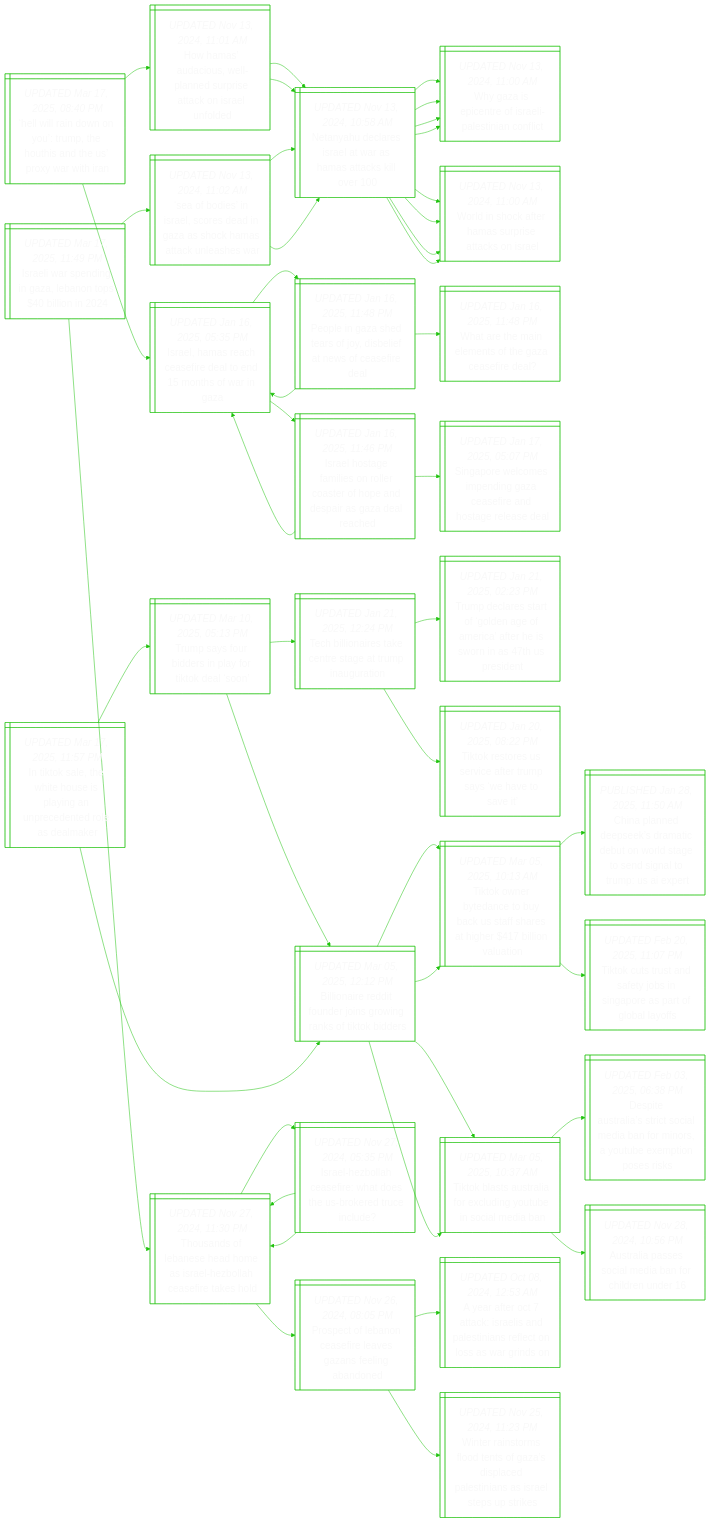
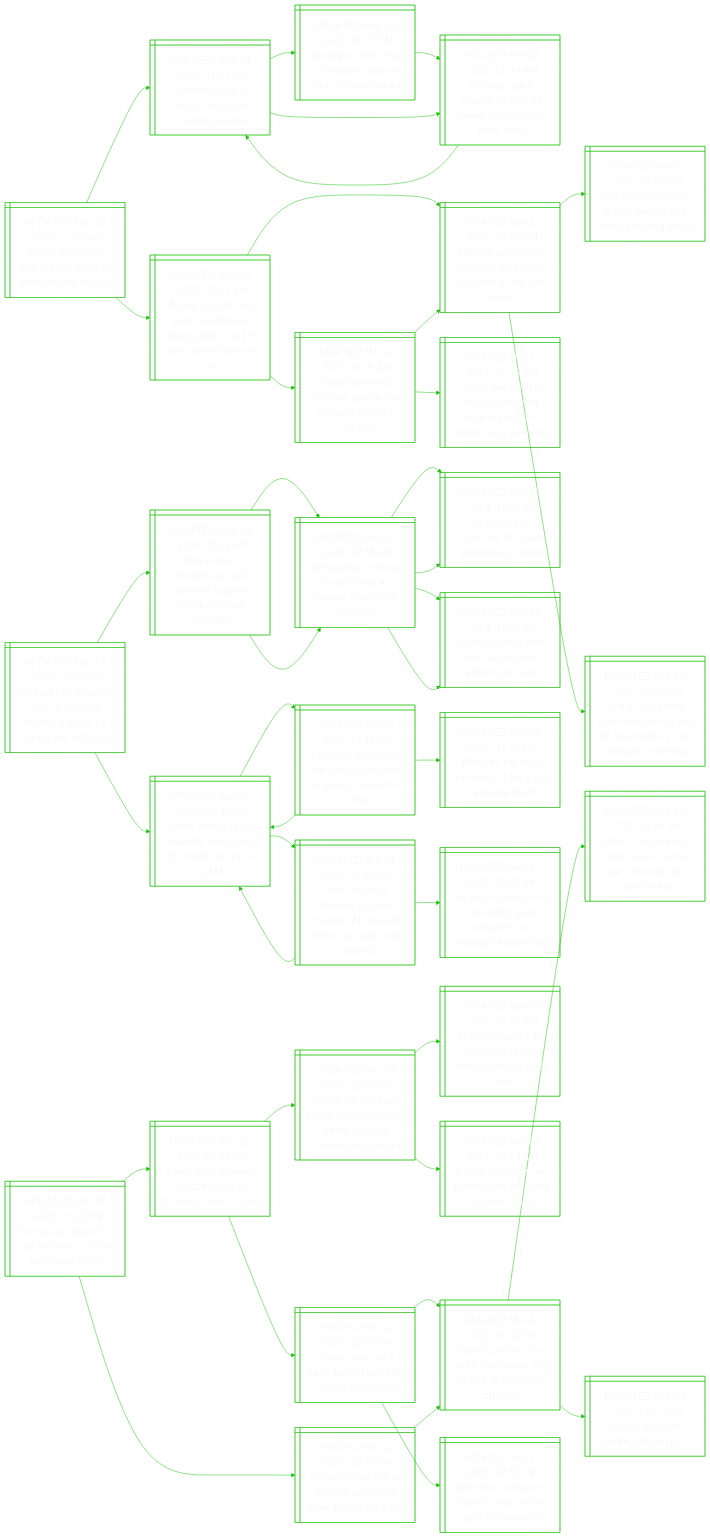
The diagram in README.md (notJmes/notJmes), drawn with Mermaid before and after one commit. The commit also changed other lines of this file, not shown here.

````diff
--- a/README.md
+++ b/README.md
@@ -15,6 +15,46 @@
 %%{init: {'theme':'base', 'themeVariables': {'primaryColor': "transparent", 'primaryTextColor': "#F9F9F9", 'lineColor': "#20C20E", 'primaryBorderColor':'#20C20E'}}}%%
 flowchart LR
 classDef txtsize font-size:20px;
+
+Tdswuosaais@{ shape: win-pane, label: "_UPDATED Mar 18, 2025, 07:55 AM_
+Trump discussion with putin to focus on what ukraine will lose" }
+DsruasvUn@{ shape: win-pane, label: "_UPDATED Feb 24, 2022, 11:13 PM_
+'darkest hours of europe' as russia invades ukraine" }
+Bsnranicsak@{ shape: win-pane, label: "_UPDATED Feb 24, 2022, 09:21 PM_
+Bloodshed and tears as eastern ukraine faces russian attack" }
+Figokesnsts@{ shape: win-pane, label: "_UPDATED Feb 25, 2022, 01:54 AM_
+Fighting rages around ukraine as russia invades from three sides" }
+Figokesnsts@{ shape: win-pane, label: "_UPDATED Feb 25, 2022, 01:54 AM_
+Fighting rages around ukraine as russia invades from three sides" }
+DsruasvUn@{ shape: win-pane, label: "_UPDATED Feb 24, 2022, 11:13 PM_
+'darkest hours of europe' as russia invades ukraine" }
+Tseuisppsiknaa@{ shape: win-pane, label: "_UPDATED Mar 18, 2025, 02:29 AM_
+Trump says he and putin will discuss power plants, land in talks to end ukraine war" }
+UneSoocfnis@{ shape: win-pane, label: "_UPDATED Mar 12, 2025, 07:31 PM_
+Ukraine accepts us proposal for 30-day ceasefire in war with russia" }
+Unlyphaiogh@{ shape: win-pane, label: "_UPDATED Mar 01, 2025, 01:05 PM_
+Ukraine’s zelensky, trump clash in oval office shouting match" }
+Tfrsmawrmndlna@{ shape: win-pane, label: "_UPDATED Mar 12, 2025, 07:41 PM_
+Text of us-ukraine statement paving way for resumption of aid, intelligence sharing" }
+Ranodasaahi@{ shape: win-pane, label: "_UPDATED Mar 17, 2025, 11:05 AM_
+Russia demands ‘ironclad’ guarantees in peace deal with ukraine" }
+UneSoocfnis@{ shape: win-pane, label: "_UPDATED Mar 12, 2025, 07:31 PM_
+Ukraine accepts us proposal for 30-day ceasefire in war with russia" }
+TatdssUnsesUo@{ shape: win-pane, label: "_UPDATED Mar 17, 2025, 10:49 AM_
+Trump and putin to discuss this week ukraine ceasefire terms, says us envoy" }
+
+Tdswuosaais:::txtsize --> DsruasvUn:::txtsize
+DsruasvUn:::txtsize --> Bsnranicsak:::txtsize
+Bsnranicsak:::txtsize --> Figokesnsts:::txtsize
+DsruasvUn:::txtsize --> Figokesnsts:::txtsize
+Figokesnsts:::txtsize --> DsruasvUn:::txtsize
+Tdswuosaais:::txtsize --> Tseuisppsiknaa:::txtsize
+Tseuisppsiknaa:::txtsize --> UneSoocfnis:::txtsize
+UneSoocfnis:::txtsize --> Unlyphaiogh:::txtsize
+UneSoocfnis:::txtsize --> Tfrsmawrmndlna:::txtsize
+Tseuisppsiknaa:::txtsize --> Ranodasaahi:::txtsize
+Ranodasaahi:::txtsize --> UneSoocfnis:::txtsize
+Ranodasaahi:::txtsize --> TatdssUnsesUo:::txtsize
 
 Hiinuposhrah@{ shape: win-pane, label: "_UPDATED Mar 17, 2025, 08:40 PM_
 ‘hell will rain down on you’: trump, the houthis and the us’ proxy war with iran" }
@@ -62,96 +102,41 @@
 Ilamslorpdiaac:::txtsize --> Ilshedoooia:::txtsize
 Ilamslorpdiaac:::txtsize --> Speeegcfntee:::txtsize
 
-ITlWHiynenoda@{ shape: win-pane, label: "_UPDATED Mar 17, 2025, 11:57 PM_
-In tiktok sale, the white house is playing an unprecedented role as dealmaker" }
-Tsodiyido@{ shape: win-pane, label: "_UPDATED Mar 10, 2025, 05:13 PM_
-Trump says four bidders in play for tiktok deal ‘soon’" }
-Tinsceeuaa@{ shape: win-pane, label: "_UPDATED Jan 21, 2025, 12:24 PM_
-Tech billionaires take centre stage at trump inauguration" }
-TdragnfitirsPd@{ shape: win-pane, label: "_UPDATED Jan 21, 2025, 02:23 PM_
-Trump declares start of ‘golden age of america’ after he is sworn in as 47th us president" }
-TkoSituyast@{ shape: win-pane, label: "_UPDATED Jan 20, 2025, 08:22 PM_
-Tiktok restores us service after trump says ‘we have to save it’" }
-Boeinorgskis@{ shape: win-pane, label: "_UPDATED Mar 05, 2025, 12:12 PM_
-Billionaire reddit founder joins growing ranks of tiktok bidders" }
-TkrDtbSfeiboun@{ shape: win-pane, label: "_UPDATED Mar 05, 2025, 10:13 AM_
-Tiktok owner bytedance to buy back us staff shares at higher $417 billion valuation" }
-Tkttaxiuiidn@{ shape: win-pane, label: "_UPDATED Mar 05, 2025, 10:37 AM_
-Tiktok blasts australia for excluding youtube in social media ban" }
-Boeinorgskis@{ shape: win-pane, label: "_UPDATED Mar 05, 2025, 12:12 PM_
-Billionaire reddit founder joins growing ranks of tiktok bidders" }
-TkrDtbSfeiboun@{ shape: win-pane, label: "_UPDATED Mar 05, 2025, 10:13 AM_
-Tiktok owner bytedance to buy back us staff shares at higher $417 billion valuation" }
-CpepsaendennTUx@{ shape: win-pane, label: "_PUBLISHED Jan 28, 2025, 11:50 AM_
-China planned deepseek’s dramatic debut on world stage to send signal to trump: us ai expert" }
-TktafoSpsoby@{ shape: win-pane, label: "_UPDATED Feb 20, 2025, 11:07 PM_
-Tiktok cuts trust and safety jobs in singapore as part of global layoffs" }
-Tkttaxiuiidn@{ shape: win-pane, label: "_UPDATED Mar 05, 2025, 10:37 AM_
-Tiktok blasts australia for excluding youtube in social media ban" }
-DttaiceamsTxiss@{ shape: win-pane, label: "_UPDATED Feb 03, 2025, 06:38 PM_
-Despite australia’s strict social media ban for minors, a youtube exemption poses risks" }
-Aaaslaolu@{ shape: win-pane, label: "_UPDATED Nov 28, 2024, 10:56 PM_
-Australia passes social media ban for children under 16" }
+TshXltStitr@{ shape: win-pane, label: "_UPDATED Mar 18, 2025, 10:29 AM_
+Trump says china’s xi will visit the us in ‘not too distant future’" }
+CsSbaunlsa@{ shape: win-pane, label: "_UPDATED Mar 12, 2025, 06:58 PM_
+China says us owes ‘big thank you’ on fentanyl, calls for talks" }
+Twoefnltfsmee@{ shape: win-pane, label: "_UPDATED Mar 09, 2025, 11:01 PM_
+Trump will not ease up on fentanyl-related tariffs, says us commerce secretary" }
+Tdsfrsrcaaa@{ shape: win-pane, label: "_UPDATED Mar 07, 2025, 06:20 AM_
+Trump delays tariffs for goods under mexico, canada trade deal" }
+Ittfrralprp@{ shape: win-pane, label: "_UPDATED Mar 05, 2025, 08:53 AM_
+It’s not just tariffs: us growth risks are piling up under trump" }
+CvoaaUiitt@{ shape: win-pane, label: "_UPDATED Mar 04, 2025, 12:27 PM_
+China vows to hit back against us tariffs linked to fentanyl" }
+TcrroadcbeC@{ shape: win-pane, label: "_UPDATED Mar 04, 2025, 05:11 PM_
+Trump confirms 25% tariffs on canada and mexico, doubles levy on china" }
+Acnrrhteur@{ shape: win-pane, label: "_UPDATED Feb 17, 2025, 02:51 PM_
+American consumers learn to shop in the age of trump tariffs" }
+ChaUospsiaf@{ shape: win-pane, label: "_UPDATED Mar 04, 2025, 03:18 PM_
+China hits back at us imports as trump’s fresh tariffs take effect" }
+TcrroadcbeC@{ shape: win-pane, label: "_UPDATED Mar 04, 2025, 05:11 PM_
+Trump confirms 25% tariffs on canada and mexico, doubles levy on china" }
+MoapnTghhtfa@{ shape: win-pane, label: "_UPDATED Mar 03, 2025, 11:24 PM_
+Mexico has backup plan in case trump goes through with tariff threat" }
+Fgtaer@{ shape: win-pane, label: "_UPDATED Mar 03, 2025, 06:07 AM_
+Facing up to the realities of trump 2.0" }
 
-ITlWHiynenoda:::txtsize --> Tsodiyido:::txtsize
-Tsodiyido:::txtsize --> Tinsceeuaa:::txtsize
-Tinsceeuaa:::txtsize --> TdragnfitirsPd:::txtsize
-Tinsceeuaa:::txtsize --> TkoSituyast:::txtsize
-Tsodiyido:::txtsize --> Boeinorgskis:::txtsize
-Boeinorgskis:::txtsize --> TkrDtbSfeiboun:::txtsize
-Boeinorgskis:::txtsize --> Tkttaxiuiidn:::txtsize
-ITlWHiynenoda:::txtsize --> Boeinorgskis:::txtsize
-Boeinorgskis:::txtsize --> TkrDtbSfeiboun:::txtsize
-TkrDtbSfeiboun:::txtsize --> CpepsaendennTUx:::txtsize
-TkrDtbSfeiboun:::txtsize --> TktafoSpsoby:::txtsize
-Boeinorgskis:::txtsize --> Tkttaxiuiidn:::txtsize
-Tkttaxiuiidn:::txtsize --> DttaiceamsTxiss:::txtsize
-Tkttaxiuiidn:::txtsize --> Aaaslaolu:::txtsize
-
-IlsiGenbo@{ shape: win-pane, label: "_UPDATED Mar 17, 2025, 11:49 PM_
-Israeli war spending in gaza, lebanon tops $40 billion in 2024" }
-Sbsrcdnacaale@{ shape: win-pane, label: "_UPDATED Nov 13, 2024, 11:02 AM_
-‘sea of bodies’ in israel, scores dead in gaza as shock hamas attack unleashes war" }
-NyeeawHakl@{ shape: win-pane, label: "_UPDATED Nov 13, 2024, 10:58 AM_
-Netanyahu declares israel at war as hamas attacks kill over 100" }
-WzptIleint@{ shape: win-pane, label: "_UPDATED Nov 13, 2024, 11:00 AM_
-Why gaza is epicentre of israeli-palestinian conflict" }
-Wiceapaks@{ shape: win-pane, label: "_UPDATED Nov 13, 2024, 11:00 AM_
-World in shock after hamas surprise attacks on israel" }
-NyeeawHakl@{ shape: win-pane, label: "_UPDATED Nov 13, 2024, 10:58 AM_
-Netanyahu declares israel at war as hamas attacks kill over 100" }
-WzptIleint@{ shape: win-pane, label: "_UPDATED Nov 13, 2024, 11:00 AM_
-Why gaza is epicentre of israeli-palestinian conflict" }
-Wiceapaks@{ shape: win-pane, label: "_UPDATED Nov 13, 2024, 11:00 AM_
-World in shock after hamas surprise attacks on israel" }
-TafnemsHleikl@{ shape: win-pane, label: "_UPDATED Nov 27, 2024, 11:30 PM_
-Thousands of lebanese head home as israel-hezbollah ceasefire takes hold" }
-IlocfheUktid@{ shape: win-pane, label: "_UPDATED Nov 27, 2024, 05:35 PM_
-Israel-hezbollah ceasefire: what does the us-brokered truce include?" }
-TafnemsHleikl@{ shape: win-pane, label: "_UPDATED Nov 27, 2024, 11:30 PM_
-Thousands of lebanese head home as israel-hezbollah ceasefire takes hold" }
-TafnemsHleikl@{ shape: win-pane, label: "_UPDATED Nov 27, 2024, 11:30 PM_
-Thousands of lebanese head home as israel-hezbollah ceasefire takes hold" }
-PeLoseeaeao@{ shape: win-pane, label: "_UPDATED Nov 26, 2024, 08:05 PM_
-Prospect of lebanon ceasefire leaves gazans feeling abandoned" }
-AaOtsiPtnlnags@{ shape: win-pane, label: "_UPDATED Oct 08, 2024, 12:53 AM_
-A year after oct 7 attack: israelis and palestinians reflect on loss as war grinds on" }
-Wrssdszseeisepts@{ shape: win-pane, label: "_UPDATED Nov 25, 2024, 11:23 PM_
-Winter rainstorms flood tents of gaza’s displaced palestinians as israel steps up strikes" }
-
-IlsiGenbo:::txtsize --> Sbsrcdnacaale:::txtsize
-Sbsrcdnacaale:::txtsize --> NyeeawHakl:::txtsize
-NyeeawHakl:::txtsize --> WzptIleint:::txtsize
-NyeeawHakl:::txtsize --> Wiceapaks:::txtsize
-Sbsrcdnacaale:::txtsize --> NyeeawHakl:::txtsize
-NyeeawHakl:::txtsize --> WzptIleint:::txtsize
-NyeeawHakl:::txtsize --> Wiceapaks:::txtsize
-IlsiGenbo:::txtsize --> TafnemsHleikl:::txtsize
-TafnemsHleikl:::txtsize --> IlocfheUktid:::txtsize
-IlocfheUktid:::txtsize --> TafnemsHleikl:::txtsize
-IlocfheUktid:::txtsize --> TafnemsHleikl:::txtsize
-TafnemsHleikl:::txtsize --> PeLoseeaeao:::txtsize
-PeLoseeaeao:::txtsize --> AaOtsiPtnlnags:::txtsize
-PeLoseeaeao:::txtsize --> Wrssdszseeisepts:::txtsize
+TshXltStitr:::txtsize --> CsSbaunlsa:::txtsize
+CsSbaunlsa:::txtsize --> Twoefnltfsmee:::txtsize
+Twoefnltfsmee:::txtsize --> Tdsfrsrcaaa:::txtsize
+Twoefnltfsmee:::txtsize --> Ittfrralprp:::txtsize
+CsSbaunlsa:::txtsize --> CvoaaUiitt:::txtsize
+CvoaaUiitt:::txtsize --> TcrroadcbeC:::txtsize
+CvoaaUiitt:::txtsize --> Acnrrhteur:::txtsize
+TshXltStitr:::txtsize --> ChaUospsiaf:::txtsize
+ChaUospsiaf:::txtsize --> TcrroadcbeC:::txtsize
+TcrroadcbeC:::txtsize --> MoapnTghhtfa:::txtsize
+TcrroadcbeC:::txtsize --> Fgtaer:::txtsize
 
 ```
````
